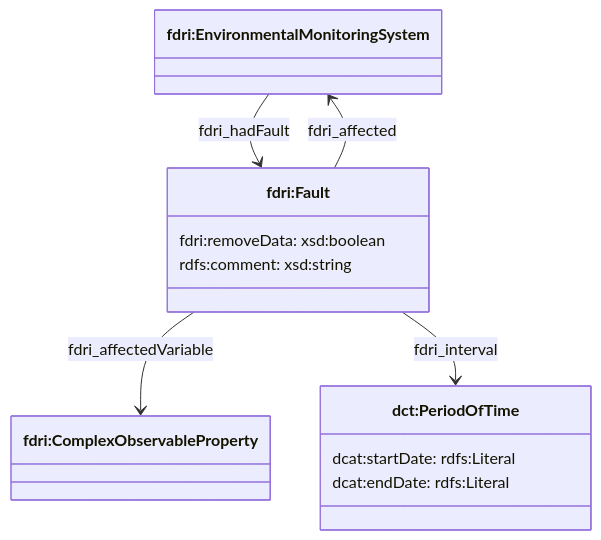
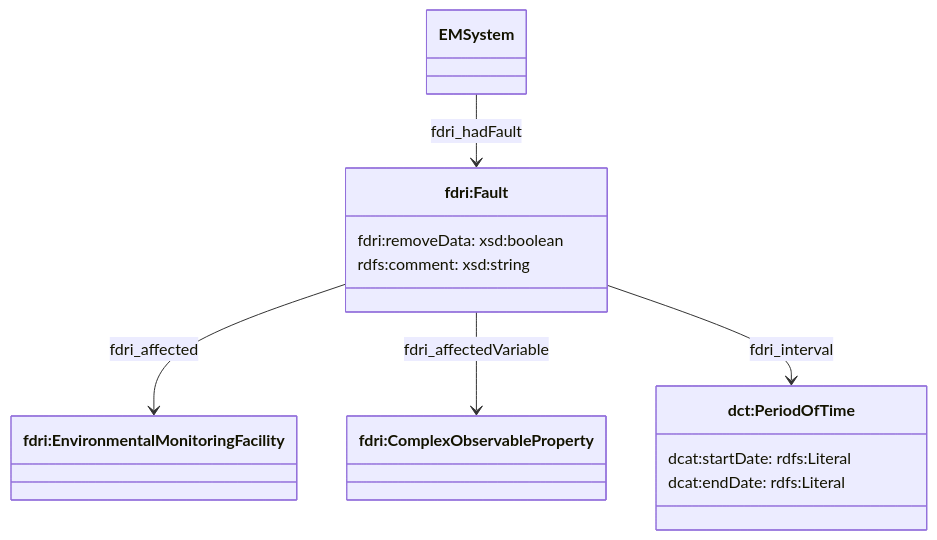
One commit to NERC-CEH/fdri-ontology changed the third of 8 diagrams in ontology/doc/sensor-system.md. Above: the diagram before and after it, drawn with Mermaid. The commit also changed other lines of this file and 4 other files, not shown here.

Commit message:
Update scope of Fault and InternalDataProcessingConfiguration * Update both classes to apply to an EnvironmentalMonitoringFacility rather than an EMSystem. * Update fault sample data to use dct:description rather than rdfs:comment for the fault detail.

````diff
--- a/ontology/doc/sensor-system.md
+++ b/ontology/doc/sensor-system.md
@@ -67,19 +67,19 @@
 ```mermaid
 classDiagram
-  class EMSystem["fdri:EnvironmentalMonitoringSystem"]
+  class EMF["fdri:EnvironmentalMonitoringFacility"]
   class COP["fdri:ComplexObservableProperty"]
   class Fault["fdri:Fault"]
   class Fault {
     fdri:removeData: xsd:boolean
     rdfs:comment: xsd:string
   }
   class Period["dct:PeriodOfTime"]
   class Period {
     dcat:startDate: rdfs:Literal
     dcat:endDate: rdfs:Literal
   }
   EMSystem --> Fault: fdri_hadFault
-  Fault --> EMSystem: fdri_affected
+  Fault --> EMF: fdri_affected
   Fault --> COP: fdri_affectedVariable
   Fault --> Period: fdri_interval
 ```
````
